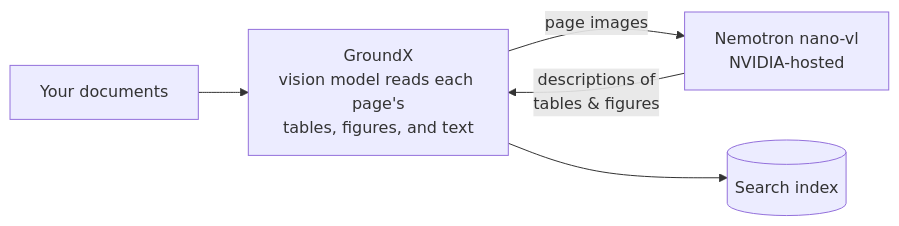
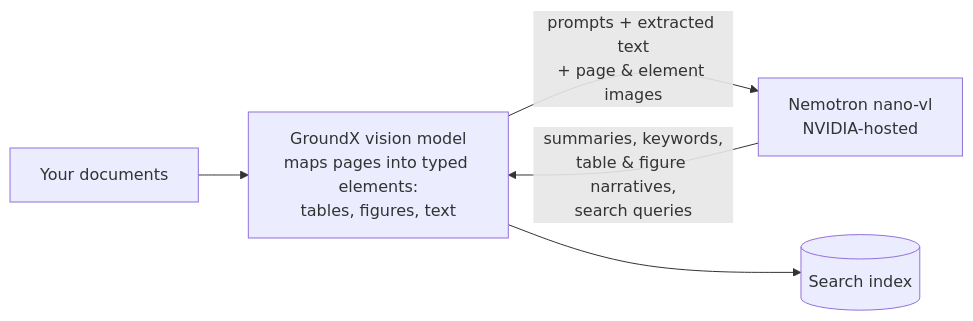
The first of 2 diagrams in README.md (EyeLevel-ai/groundx-nvidia-quickstart), drawn with Mermaid before and after one commit. The commit also changed other lines of this file and 3 other files, not shown here.

Commit message:
Ground the technical narrative in the platform docs: full engine payloads (prompts, text, images), full enrichment outputs, hybrid search described; lighter intro; harness integrated

````diff
--- a/README.md
+++ b/README.md
@@ -13,7 +98,7 @@
 ```mermaid
 flowchart LR
-    D["Your documents"] --> G["GroundX<br/>vision model reads each page's<br/>tables, figures, and text"]
-    G -- "page images" --> N["Nemotron nano-vl<br/>NVIDIA-hosted"]
-    N -- "descriptions of<br/>tables & figures" --> G
+    D["Your documents"] --> G["GroundX vision model<br/>maps pages into typed elements:<br/>tables, figures, text"]
+    G -- "prompts + extracted text<br/>+ page & element images" --> N["Nemotron nano-vl<br/>NVIDIA-hosted"]
+    N -- "summaries, keywords,<br/>table & figure narratives,<br/>search queries" --> G
     G --> X[("Search index")]
 ```
````
